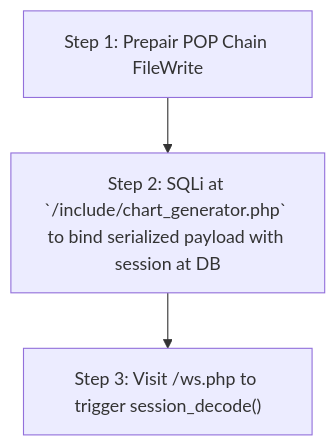
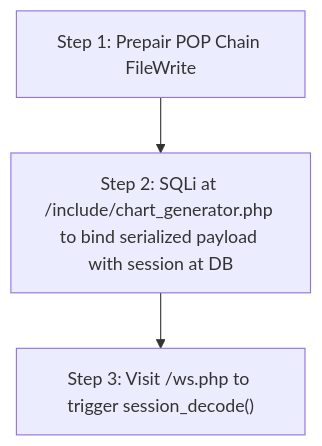
Before and after one commit to thecrabsterchief/research-playground: the fourth of 4 diagrams in cve-2021-32098/README.md, drawn with Mermaid. The commit also changed other lines of this file, not shown here.

````diff
--- a/cve-2021-32098/README.md
+++ b/cve-2021-32098/README.md
@@ -217,5 +226,5 @@
 ```mermaid
 flowchart TD
-    A["Step 1: Prepair POP Chain FileWrite"] --> B["Step 2: SQLi at `/include/chart_generator.php` to bind serialized payload with session at DB"]
+    A["Step 1: Prepair POP Chain FileWrite"] --> B["Step 2: SQLi at /include/chart_generator.php to bind serialized payload with session at DB"]
     B --> C["Step 3: Visit /ws.php to trigger session_decode()"]
 ```
````
